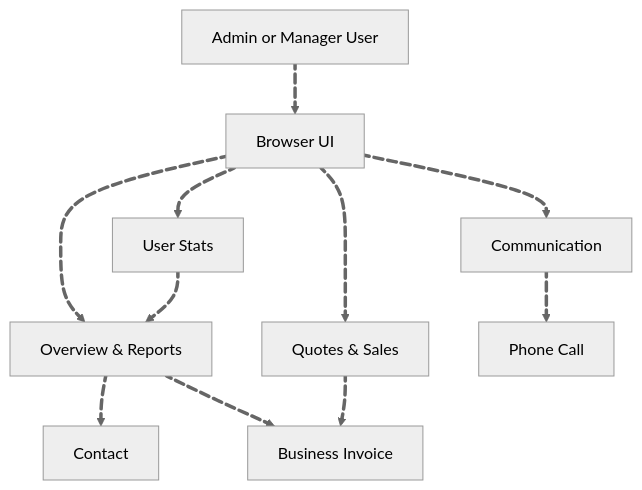
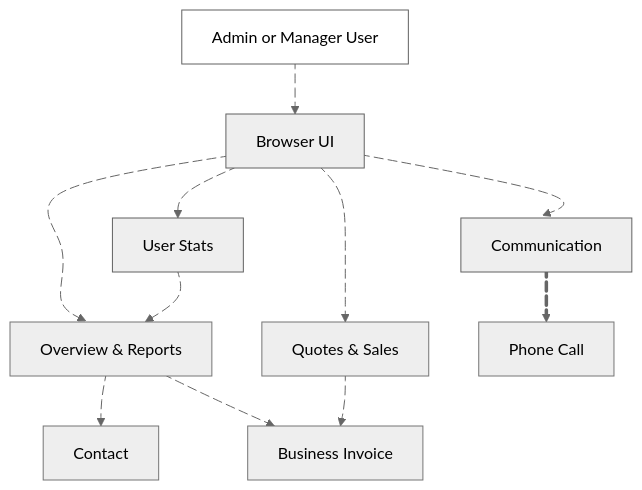
The first of 3 diagrams in TimeSheet/Teams_Report.md (Harshita-capsitech/EmailDocs), drawn with Mermaid (neutral theme) before and after one commit. The commit also changed other lines of this file, not shown here.

Commit message:
Revise DFD and process flow diagrams
Updated DFD and process flow diagrams with new configurations and styles.

````diff
--- a/TimeSheet/Teams_Report.md
+++ b/TimeSheet/Teams_Report.md
@@ -14,35 +14,35 @@
 ```mermaid
-flowchart TD
-  AdminUser["Admin or Manager User"]
-  UI["Browser UI"]
-  Reports["Overview & Reports"]
-  Communication["Communication"]
-  Sales["Quotes & Sales"]
-  UserStats["User Stats"]
-  
-  Contact["Contact"]
-  PhoneCall["Phone Call"]
-  BusinessInvoice["Business Invoice"]
+---
+config:
+  layout: dagre
+---
+flowchart TB
+    AdminUser["Admin or Manager User"] e1@-.-> UI["Browser UI"]
+    UI e2@--> Reports["Overview & Reports"]
+    UI L_UI_Communication_0@-.-> Communication["Communication"] & Sales["Quotes & Sales"] & UserStats["User Stats"]
+    Reports e6@-.-> Contact["Contact"] & BusinessInvoice["Business Invoice"]
+    Communication e8@==> PhoneCall["Phone Call"]
+    Sales e9@-.-> BusinessInvoice
+    UserStats e10@-.-> Reports
 
-  AdminUser e1@==> UI
-  UI e2@==> Reports
-  UI e3@==> Communication
-  UI e4@==> Sales
-  UI e5@==> UserStats
-  Reports e6@==> Contact
-  Reports e7@==> BusinessInvoice
-  Communication e8@==> PhoneCall
-  Sales e9@==> BusinessInvoice
-  UserStats e10@==> Reports
+    style AdminUser fill:#FFFFFF,stroke:#616161
+    style UI stroke:#616161
+    style Reports stroke:#757575
+    style Communication stroke:#616161
+    style Sales stroke:#757575
+    style UserStats stroke:#616161
+    style Contact stroke:#757575
+    style BusinessInvoice stroke:#757575
+    style PhoneCall stroke:#757575
 
-  e1@{ animate: true }
-  e2@{ animate: true }
-  e3@{ animate: true }
-  e4@{ animate: true }
-  e5@{ animate: true }
-  e6@{ animate: true }
-  e7@{ animate: true }
-  e8@{ animate: true }
-  e9@{ animate: true }
-  e10@{ animate: true }
+    e1@{ animate: true } 
+    e2@{ animate: true, curve: natural } 
+    L_UI_Communication_0@{ curve: natural, animation: fast } 
+    L_UI_Sales_0@{ animation: fast } 
+    L_UI_UserStats_0@{ animation: fast } 
+    e6@{ animate: true } 
+    L_Reports_BusinessInvoice_0@{ animation: fast } 
+    e8@{ animate: true } 
+    e9@{ animate: true } 
+    e10@{ animate: true, curve: natural }
 ```
````
